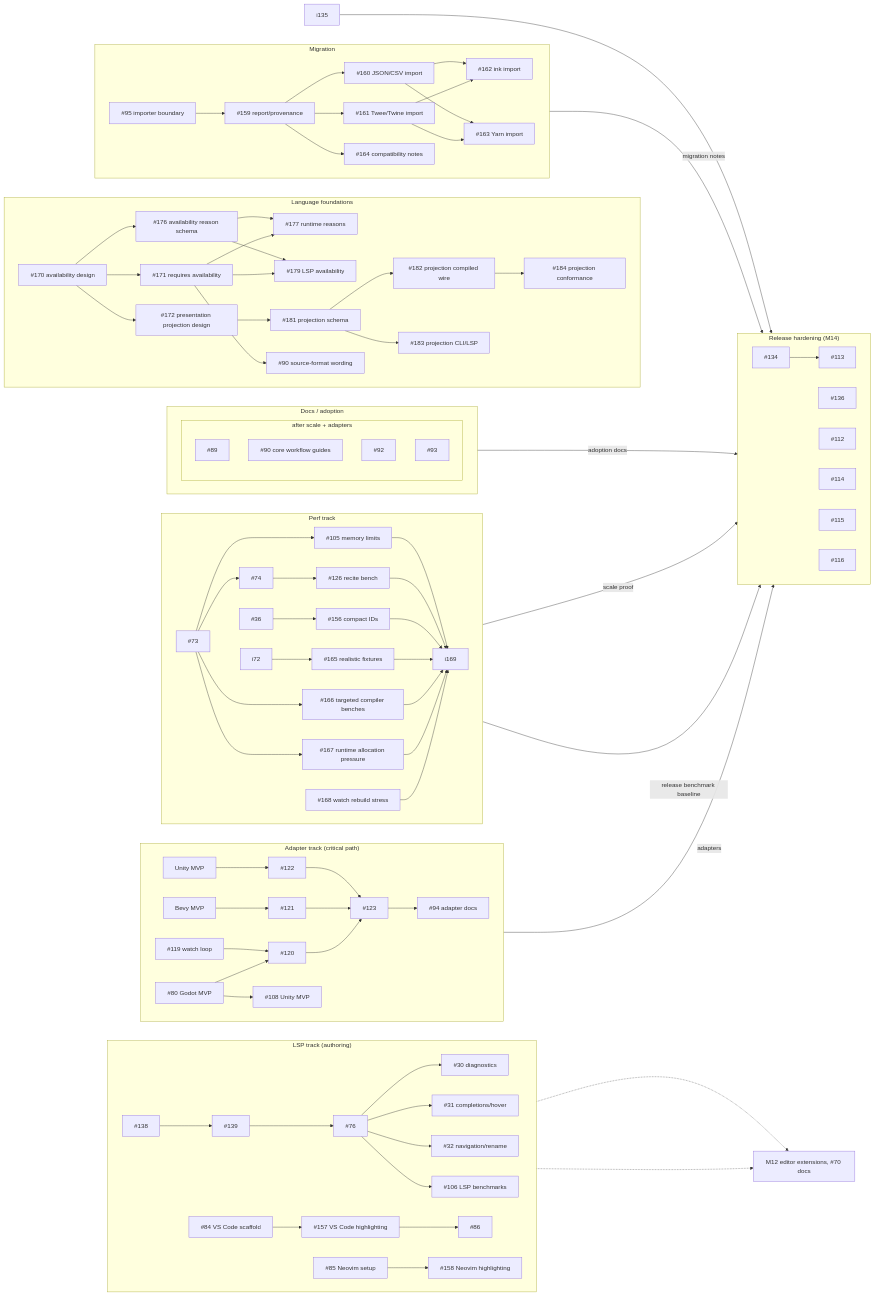
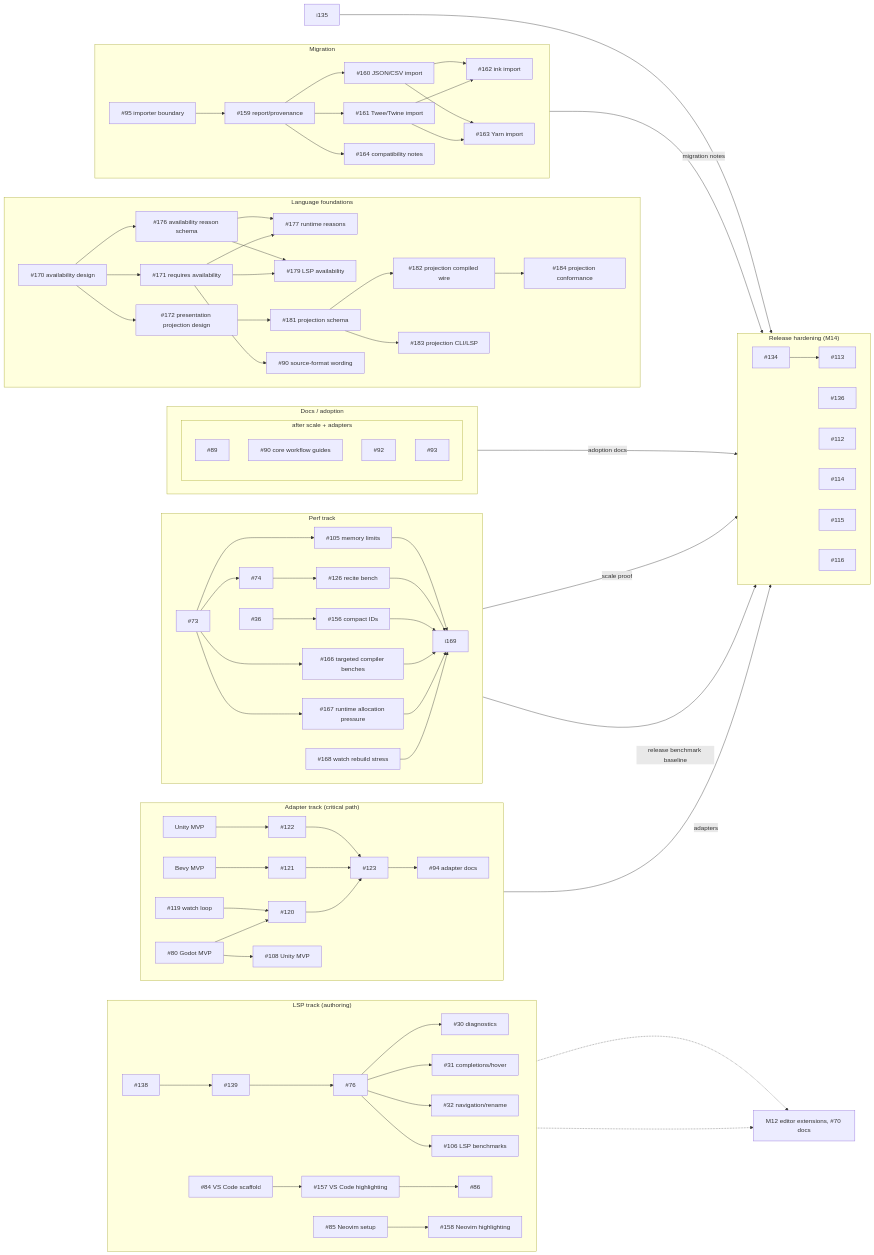
The diagram in docs/roadmap.md (plethu/recite), drawn with Mermaid before and after one commit. The commit also changed other lines of this file, not shown here.

Commit message:
Update roadmap after realistic fixture merge

```diff
--- a/docs/roadmap.md
+++ b/docs/roadmap.md
@@ -82,14 +81,12 @@
     i74 --> i126["#126 recite bench"]
     i73 --> i105["#105 memory limits"]
     i36["#36"] --> i156["#156 compact IDs"]
-    i72 --> i165["#165 realistic fixtures"]
     i73 --> i166["#166 targeted compiler benches"]
     i73 --> i167["#167 runtime allocation pressure"]
     i168["#168 watch rebuild stress"]
     i105 --> i169
     i126 --> i169
     i156 --> i169
-    i165 --> i169
     i166 --> i169
     i167 --> i169
     i168 --> i169
```
